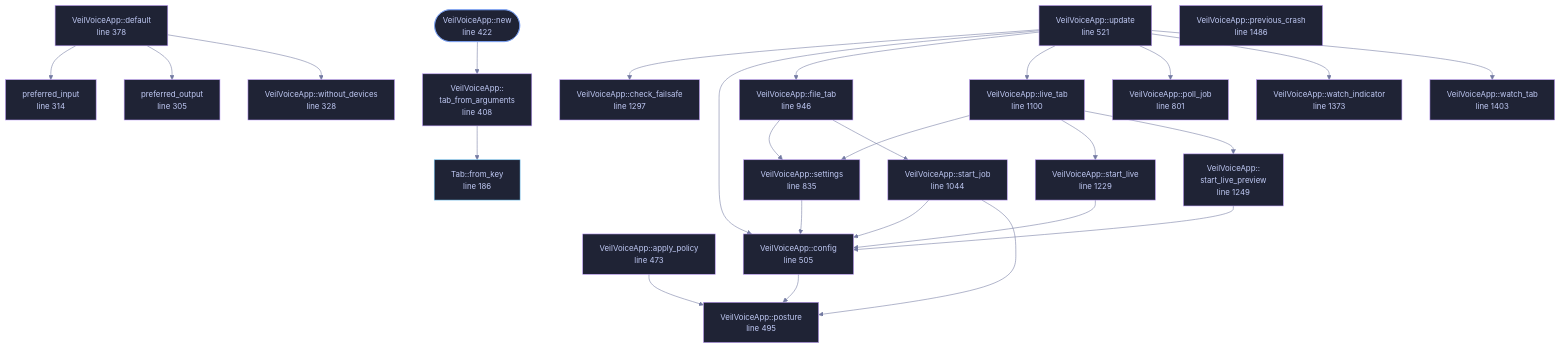
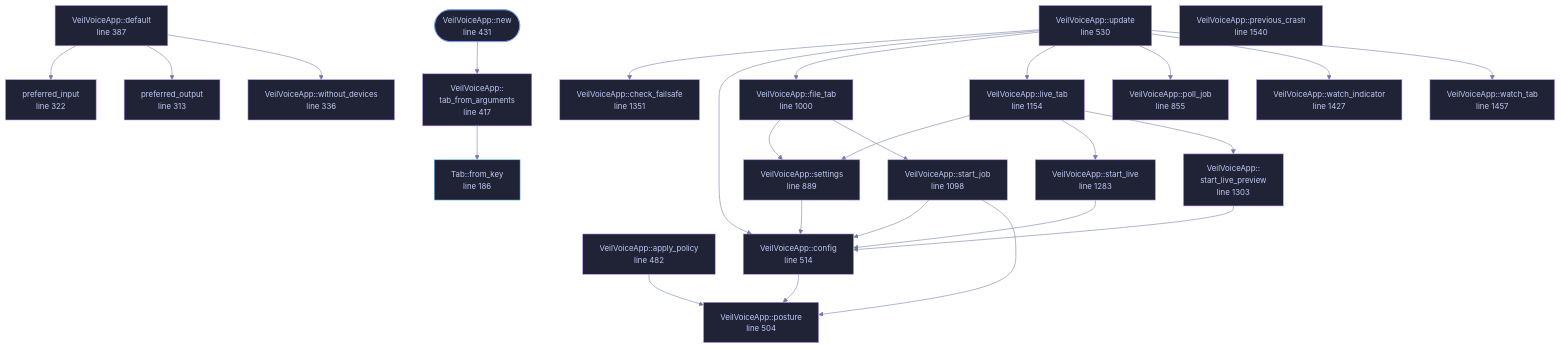
The diagram in docs/files/veilvoice-gui/app.md (tilas01/veilvoice), drawn with Mermaid before and after one commit. The commit also changed other lines of this file and 32 other files, not shown here.

````diff
--- a/docs/files/veilvoice-gui/app.md
+++ b/docs/files/veilvoice-gui/app.md
@@ -181,78 +181,78 @@
 ```mermaid
 %%{init: {"theme":"base","themeVariables":{"background":"#1a1b26","primaryColor":"#1f2335","primaryTextColor":"#c0caf5","primaryBorderColor":"#7aa2f7","secondaryColor":"#16161e","tertiaryColor":"#16161e","lineColor":"#737aa2","textColor":"#c0caf5","mainBkg":"#1f2335","nodeBorder":"#7aa2f7","clusterBkg":"#16161e","clusterBorder":"#2f3549","fontFamily":"ui-monospace, SFMono-Regular, Consolas, monospace","fontSize":"14px"}}}%%
 flowchart TD
     n_from_key["Tab::from_key<br/>line 186"]
-    n_preferred_output["preferred_output<br/>line 305"]
-    n_preferred_input["preferred_input<br/>line 314"]
-    n_without_devices["VeilVoiceApp::without_devices<br/>line 328"]
-    n_default["VeilVoiceApp::default<br/>line 378"]
-    n_tab_from_arguments["VeilVoiceApp::<br/>tab_from_arguments<br/>line 408"]
-    n_new(["VeilVoiceApp::new<br/>line 422"])
-    n_apply_policy["VeilVoiceApp::apply_policy<br/>line 473"]
-    n_posture["VeilVoiceApp::posture<br/>line 495"]
-    n_config["VeilVoiceApp::config<br/>line 505"]
-    n_update["VeilVoiceApp::update<br/>line 521"]
-    n_poll_job["VeilVoiceApp::poll_job<br/>line 801"]
-    n_settings["VeilVoiceApp::settings<br/>line 835"]
-    n_file_tab["VeilVoiceApp::file_tab<br/>line 946"]
-    n_start_job["VeilVoiceApp::start_job<br/>line 1044"]
-    n_live_tab["VeilVoiceApp::live_tab<br/>line 1100"]
-    n_start_live["VeilVoiceApp::start_live<br/>line 1229"]
-    n_start_live_preview["VeilVoiceApp::<br/>start_live_preview<br/>line 1249"]
-    n_check_failsafe["VeilVoiceApp::check_failsafe<br/>line 1297"]
-    n_watch_indicator["VeilVoiceApp::watch_indicator<br/>line 1373"]
-    n_watch_tab["VeilVoiceApp::watch_tab<br/>line 1403"]
-    n_previous_crash["VeilVoiceApp::previous_crash<br/>line 1486"]
+    n_preferred_output["preferred_output<br/>line 313"]
+    n_preferred_input["preferred_input<br/>line 322"]
+    n_without_devices["VeilVoiceApp::without_devices<br/>line 336"]
+    n_default["VeilVoiceApp::default<br/>line 387"]
+    n_tab_from_arguments["VeilVoiceApp::<br/>tab_from_arguments<br/>line 417"]
+    n_new(["VeilVoiceApp::new<br/>line 431"])
+    n_apply_policy["VeilVoiceApp::apply_policy<br/>line 482"]
+    n_posture["VeilVoiceApp::posture<br/>line 504"]
+    n_config["VeilVoiceApp::config<br/>line 514"]
+    n_update["VeilVoiceApp::update<br/>line 530"]
+    n_poll_job["VeilVoiceApp::poll_job<br/>line 855"]
+    n_settings["VeilVoiceApp::settings<br/>line 889"]
+    n_file_tab["VeilVoiceApp::file_tab<br/>line 1000"]
+    n_start_job["VeilVoiceApp::start_job<br/>line 1098"]
+    n_live_tab["VeilVoiceApp::live_tab<br/>line 1154"]
+    n_start_live["VeilVoiceApp::start_live<br/>line 1283"]
+    n_start_live_preview["VeilVoiceApp::<br/>start_live_preview<br/>line 1303"]
+    n_check_failsafe["VeilVoiceApp::check_failsafe<br/>line 1351"]
+    n_watch_indicator["VeilVoiceApp::watch_indicator<br/>line 1427"]
+    n_watch_tab["VeilVoiceApp::watch_tab<br/>line 1457"]
+    n_previous_crash["VeilVoiceApp::previous_crash<br/>line 1540"]
     n_apply_policy --> n_posture
     n_config --> n_posture
     n_default --> n_preferred_input
     n_default --> n_preferred_output
     n_default --> n_without_devices
     n_file_tab --> n_settings
     n_file_tab --> n_start_job
     n_live_tab --> n_settings
     n_live_tab --> n_start_live
     n_live_tab --> n_start_live_preview
     n_new --> n_tab_from_arguments
     n_settings --> n_config
     n_start_job --> n_config
     n_start_job --> n_posture
     n_start_live --> n_config
     n_start_live_preview --> n_config
     n_tab_from_arguments --> n_from_key
     n_update --> n_check_failsafe
     n_update --> n_config
     n_update --> n_file_tab
     n_update --> n_live_tab
     n_update --> n_poll_job
     n_update --> n_watch_indicator
     n_update --> n_watch_tab
     click n_from_key href "https://github.com/tilas01/veilvoice/blob/main/crates/veilvoice-gui/src/app.rs#L186" "open the source"
-    click n_preferred_output href "https://github.com/tilas01/veilvoice/blob/main/crates/veilvoice-gui/src/app.rs#L305" "open the source"
-    click n_preferred_input href "https://github.com/tilas01/veilvoice/blob/main/crates/veilvoice-gui/src/app.rs#L314" "open the source"
-    click n_without_devices href "https://github.com/tilas01/veilvoice/blob/main/crates/veilvoice-gui/src/app.rs#L328" "open the source"
-    click n_default href "https://github.com/tilas01/veilvoice/blob/main/crates/veilvoice-gui/src/app.rs#L378" "open the source"
-    click n_tab_from_arguments href "https://github.com/tilas01/veilvoice/blob/main/crates/veilvoice-gui/src/app.rs#L408" "open the source"
-    click n_new href "https://github.com/tilas01/veilvoice/blob/main/crates/veilvoice-gui/src/app.rs#L422" "open the source"
-    click n_apply_policy href "https://github.com/tilas01/veilvoice/blob/main/crates/veilvoice-gui/src/app.rs#L473" "open the source"
-    click n_posture href "https://github.com/tilas01/veilvoice/blob/main/crates/veilvoice-gui/src/app.rs#L495" "open the source"
-    click n_config href "https://github.com/tilas01/veilvoice/blob/main/crates/veilvoice-gui/src/app.rs#L505" "open the source"
-    click n_update href "https://github.com/tilas01/veilvoice/blob/main/crates/veilvoice-gui/src/app.rs#L521" "open the source"
-    click n_poll_job href "https://github.com/tilas01/veilvoice/blob/main/crates/veilvoice-gui/src/app.rs#L801" "open the source"
-    click n_settings href "https://github.com/tilas01/veilvoice/blob/main/crates/veilvoice-gui/src/app.rs#L835" "open the source"
-    click n_file_tab href "https://github.com/tilas01/veilvoice/blob/main/crates/veilvoice-gui/src/app.rs#L946" "open the source"
-    click n_start_job href "https://github.com/tilas01/veilvoice/blob/main/crates/veilvoice-gui/src/app.rs#L1044" "open the source"
-    click n_live_tab href "https://github.com/tilas01/veilvoice/blob/main/crates/veilvoice-gui/src/app.rs#L1100" "open the source"
-    click n_start_live href "https://github.com/tilas01/veilvoice/blob/main/crates/veilvoice-gui/src/app.rs#L1229" "open the source"
-    click n_start_live_preview href "https://github.com/tilas01/veilvoice/blob/main/crates/veilvoice-gui/src/app.rs#L1249" "open the source"
-    click n_check_failsafe href "https://github.com/tilas01/veilvoice/blob/main/crates/veilvoice-gui/src/app.rs#L1297" "open the source"
-    click n_watch_indicator href "https://github.com/tilas01/veilvoice/blob/main/crates/veilvoice-gui/src/app.rs#L1373" "open the source"
-    click n_watch_tab href "https://github.com/tilas01/veilvoice/blob/main/crates/veilvoice-gui/src/app.rs#L1403" "open the source"
-    click n_previous_crash href "https://github.com/tilas01/veilvoice/blob/main/crates/veilvoice-gui/src/app.rs#L1486" "open the source"
+    click n_preferred_output href "https://github.com/tilas01/veilvoice/blob/main/crates/veilvoice-gui/src/app.rs#L313" "open the source"
+    click n_preferred_input href "https://github.com/tilas01/veilvoice/blob/main/crates/veilvoice-gui/src/app.rs#L322" "open the source"
+    click n_without_devices href "https://github.com/tilas01/veilvoice/blob/main/crates/veilvoice-gui/src/app.rs#L336" "open the source"
+    click n_default href "https://github.com/tilas01/veilvoice/blob/main/crates/veilvoice-gui/src/app.rs#L387" "open the source"
+    click n_tab_from_arguments href "https://github.com/tilas01/veilvoice/blob/main/crates/veilvoice-gui/src/app.rs#L417" "open the source"
+    click n_new href "https://github.com/tilas01/veilvoice/blob/main/crates/veilvoice-gui/src/app.rs#L431" "open the source"
+    click n_apply_policy href "https://github.com/tilas01/veilvoice/blob/main/crates/veilvoice-gui/src/app.rs#L482" "open the source"
+    click n_posture href "https://github.com/tilas01/veilvoice/blob/main/crates/veilvoice-gui/src/app.rs#L504" "open the source"
+    click n_config href "https://github.com/tilas01/veilvoice/blob/main/crates/veilvoice-gui/src/app.rs#L514" "open the source"
+    click n_update href "https://github.com/tilas01/veilvoice/blob/main/crates/veilvoice-gui/src/app.rs#L530" "open the source"
+    click n_poll_job href "https://github.com/tilas01/veilvoice/blob/main/crates/veilvoice-gui/src/app.rs#L855" "open the source"
+    click n_settings href "https://github.com/tilas01/veilvoice/blob/main/crates/veilvoice-gui/src/app.rs#L889" "open the source"
+    click n_file_tab href "https://github.com/tilas01/veilvoice/blob/main/crates/veilvoice-gui/src/app.rs#L1000" "open the source"
+    click n_start_job href "https://github.com/tilas01/veilvoice/blob/main/crates/veilvoice-gui/src/app.rs#L1098" "open the source"
+    click n_live_tab href "https://github.com/tilas01/veilvoice/blob/main/crates/veilvoice-gui/src/app.rs#L1154" "open the source"
+    click n_start_live href "https://github.com/tilas01/veilvoice/blob/main/crates/veilvoice-gui/src/app.rs#L1283" "open the source"
+    click n_start_live_preview href "https://github.com/tilas01/veilvoice/blob/main/crates/veilvoice-gui/src/app.rs#L1303" "open the source"
+    click n_check_failsafe href "https://github.com/tilas01/veilvoice/blob/main/crates/veilvoice-gui/src/app.rs#L1351" "open the source"
+    click n_watch_indicator href "https://github.com/tilas01/veilvoice/blob/main/crates/veilvoice-gui/src/app.rs#L1427" "open the source"
+    click n_watch_tab href "https://github.com/tilas01/veilvoice/blob/main/crates/veilvoice-gui/src/app.rs#L1457" "open the source"
+    click n_previous_crash href "https://github.com/tilas01/veilvoice/blob/main/crates/veilvoice-gui/src/app.rs#L1540" "open the source"
     classDef entry fill:#1f2335,stroke:#7aa2f7,color:#c0caf5
     class n_new entry
     classDef api fill:#1f2335,stroke:#7dcfff,color:#c0caf5
     class n_from_key api
     classDef helper fill:#1f2335,stroke:#bb9af7,color:#c0caf5
     class n_preferred_output,n_preferred_input,n_without_devices,n_default,n_tab_from_arguments,n_apply_policy,n_posture,n_config,n_update,n_poll_job,n_settings,n_file_tab,n_start_job,n_live_tab,n_start_live,n_start_live_preview,n_check_failsafe,n_watch_indicator,n_watch_tab,n_previous_crash helper
 ```
````
